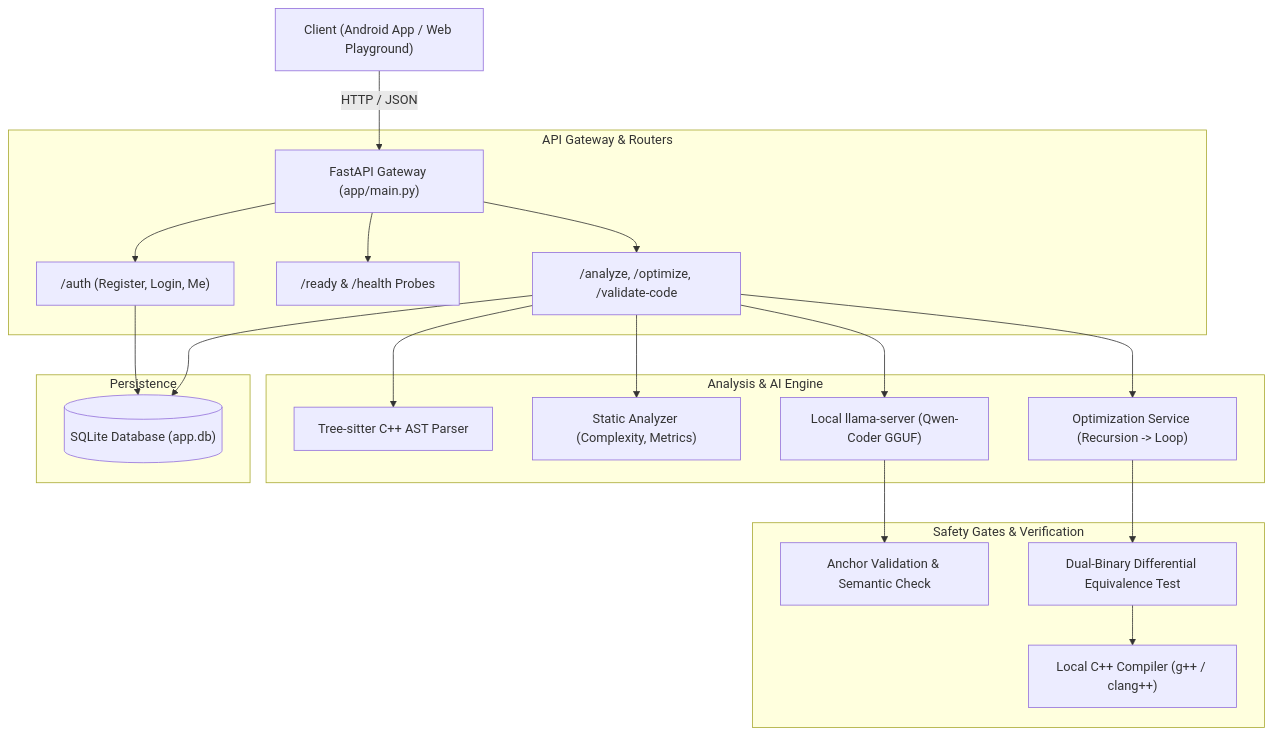
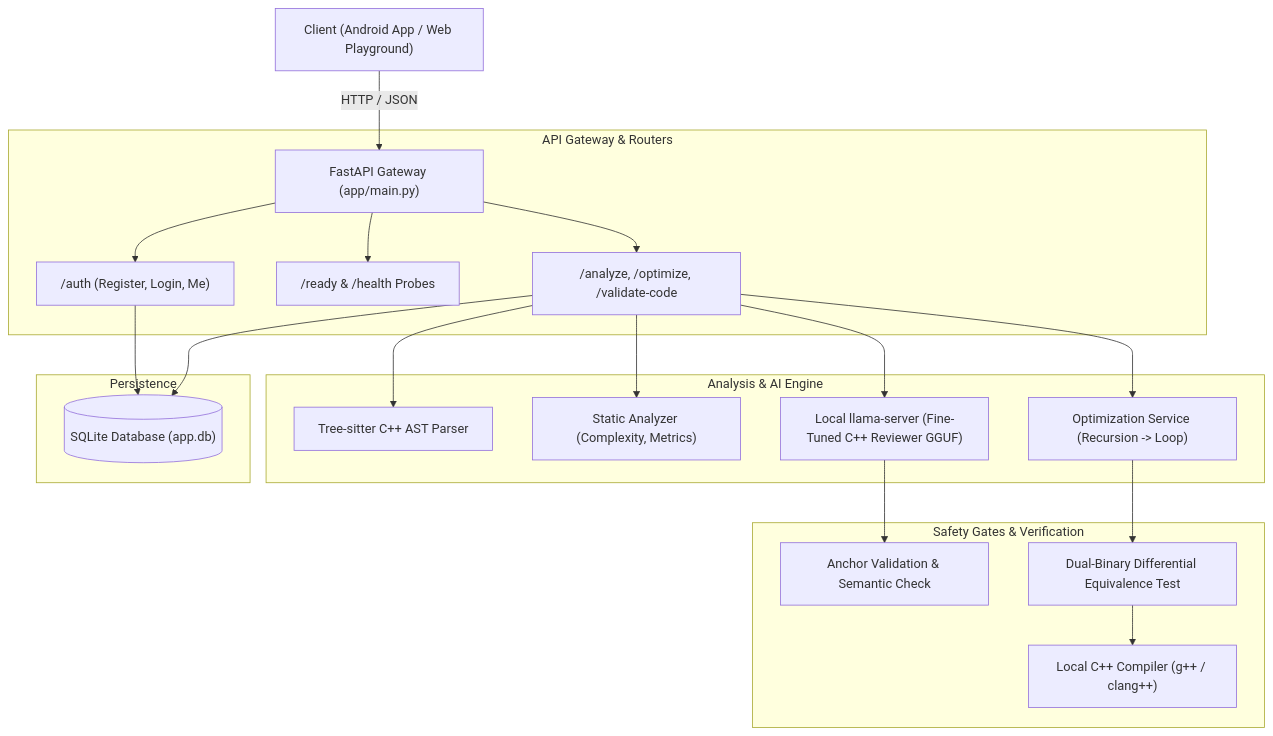
One commit to safi892/fypbackend changed the diagram in BACKEND_GUIDE.md. Above: the diagram before and after it, drawn with Mermaid. The commit also changed other lines of this file and 16 other files, not shown here.

````diff
--- a/BACKEND_GUIDE.md
+++ b/BACKEND_GUIDE.md
@@ -27,28 +27,28 @@
 ```mermaid
 flowchart TD
     Client["Client (Android App / Web Playground)"] -->|HTTP / JSON| FastAPI["FastAPI Gateway (app/main.py)"]
     
     subgraph Gateway["API Gateway & Routers"]
         FastAPI --> AuthR["/auth (Register, Login, Me)"]
         FastAPI --> HealthR["/ready & /health Probes"]
         FastAPI --> AnalyzeR["/analyze, /optimize, /validate-code"]
     end
 
     subgraph CoreEngine["Analysis & AI Engine"]
         AnalyzeR --> Parser["Tree-sitter C++ AST Parser"]
         AnalyzeR --> StaticAna["Static Analyzer (Complexity, Metrics)"]
-        AnalyzeR --> LlamaSrv["Local llama-server (Qwen-Coder GGUF)"]
+        AnalyzeR --> LlamaSrv["Local llama-server (Fine-Tuned C++ Reviewer GGUF)"]
         AnalyzeR --> OptSrv["Optimization Service (Recursion -> Loop)"]
     end
 
     subgraph Verification["Safety Gates & Verification"]
         LlamaSrv --> AnchorGate["Anchor Validation & Semantic Check"]
         OptSrv --> EquivGate["Dual-Binary Differential Equivalence Test"]
         EquivGate --> Compiler["Local C++ Compiler (g++ / clang++)"]
     end
 
     subgraph Storage["Persistence"]
         AuthR --> SQLite[("SQLite Database (app.db)")]
         AnalyzeR --> SQLite
     end
 ```
````
